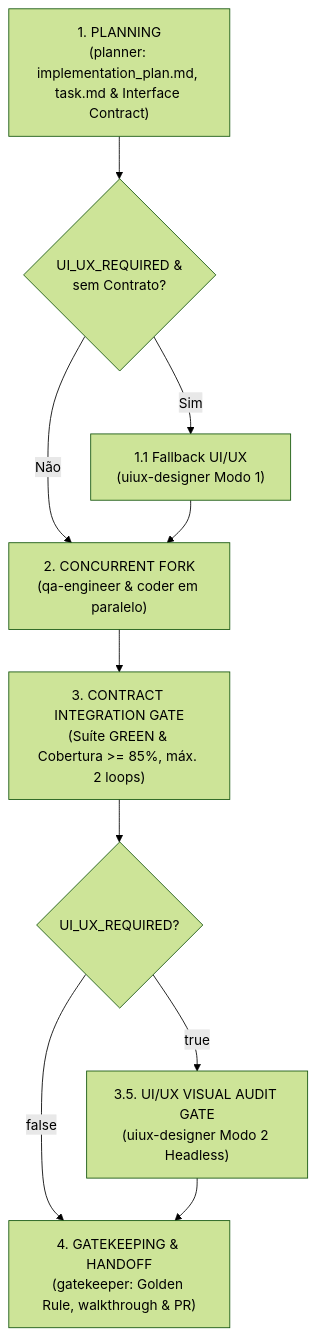
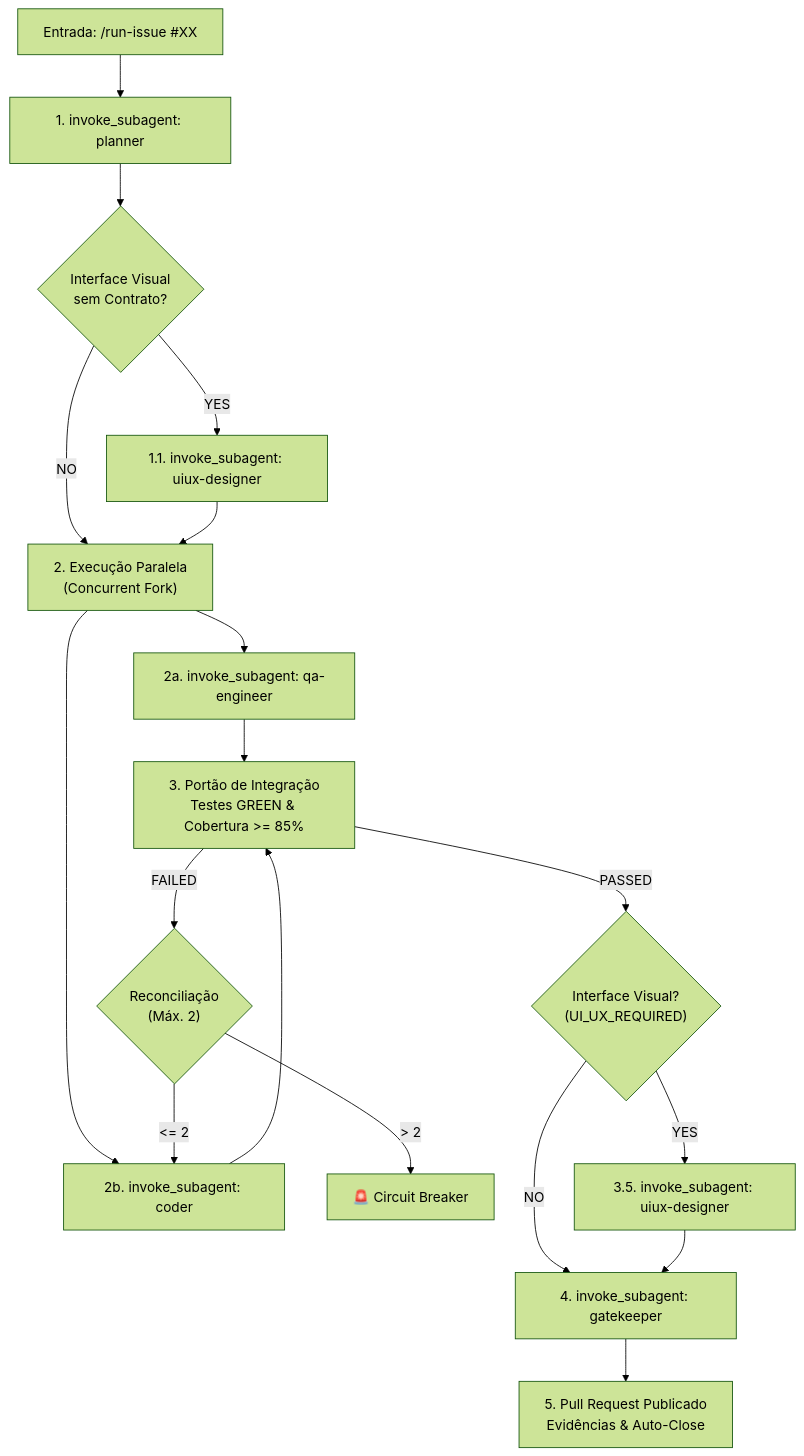
One commit to VitorJacom/my-agents changed the diagram in docs/skills/Skill-issue-pipeline.md. Above: the diagram before and after it, drawn with Mermaid (forest theme). The commit also changed other lines of this file and 35 other files, not shown here.

````diff
--- a/docs/skills/Skill-issue-pipeline.md
+++ b/docs/skills/Skill-issue-pipeline.md
@@ -46,12 +46,20 @@
 ```mermaid
 flowchart TD
-    E1["1. PLANNING<br/>(planner: implementation_plan.md, task.md & Interface Contract)"] --> CheckUI{"UI_UX_REQUIRED &<br/>sem Contrato?"}
-    CheckUI -- "Sim" --> E1F["1.1 Fallback UI/UX<br/>(uiux-designer Modo 1)"]
-    CheckUI -- "Não" --> E2["2. CONCURRENT FORK<br/>(qa-engineer & coder em paralelo)"]
-    E1F --> E2
-    E2 --> E3["3. CONTRACT INTEGRATION GATE<br/>(Suíte GREEN & Cobertura >= 85%, máx. 2 loops)"]
-    E3 --> CheckVisual{"UI_UX_REQUIRED?"}
-    CheckVisual -- "true" --> E35["3.5. UI/UX VISUAL AUDIT GATE<br/>(uiux-designer Modo 2 Headless)"]
-    CheckVisual -- "false" --> E4["4. GATEKEEPING & HANDOFF<br/>(gatekeeper: Golden Rule, walkthrough & PR)"]
-    E35 --> E4
+    Start["Entrada: /run-issue #XX"] --> Plan["1. invoke_subagent: planner"]
+    Plan --> CheckUI{"Interface Visual<br/>sem Contrato?"}
+    CheckUI -- "YES" --> UI1["1.1. invoke_subagent: uiux-designer"]
+    CheckUI -- "NO" --> Fork["2. Execução Paralela<br/>(Concurrent Fork)"]
+    UI1 --> Fork
+    Fork --> QA["2a. invoke_subagent: qa-engineer"]
+    Fork --> Coder["2b. invoke_subagent: coder"]
+    QA --> Gate3["3. Portão de Integração<br/>Testes GREEN & Cobertura >= 85%"]
+    Coder --> Gate3
+    Gate3 -- "FAILED" --> Loop{"Reconciliação<br/>(Máx. 2)"}
+    Loop -- "<= 2" --> Coder
+    Loop -- "> 2" --> CB["🚨 Circuit Breaker"]
+    Gate3 -- "PASSED" --> CheckVisual{"Interface Visual?<br/>(UI_UX_REQUIRED)"}
+    CheckVisual -- "YES" --> UI2["3.5. invoke_subagent: uiux-designer"]
+    CheckVisual -- "NO" --> GK["4. invoke_subagent: gatekeeper"]
+    UI2 --> GK
+    GK --> PR["5. Pull Request Publicado<br/>Evidências & Auto-Close"]
 ```
````
